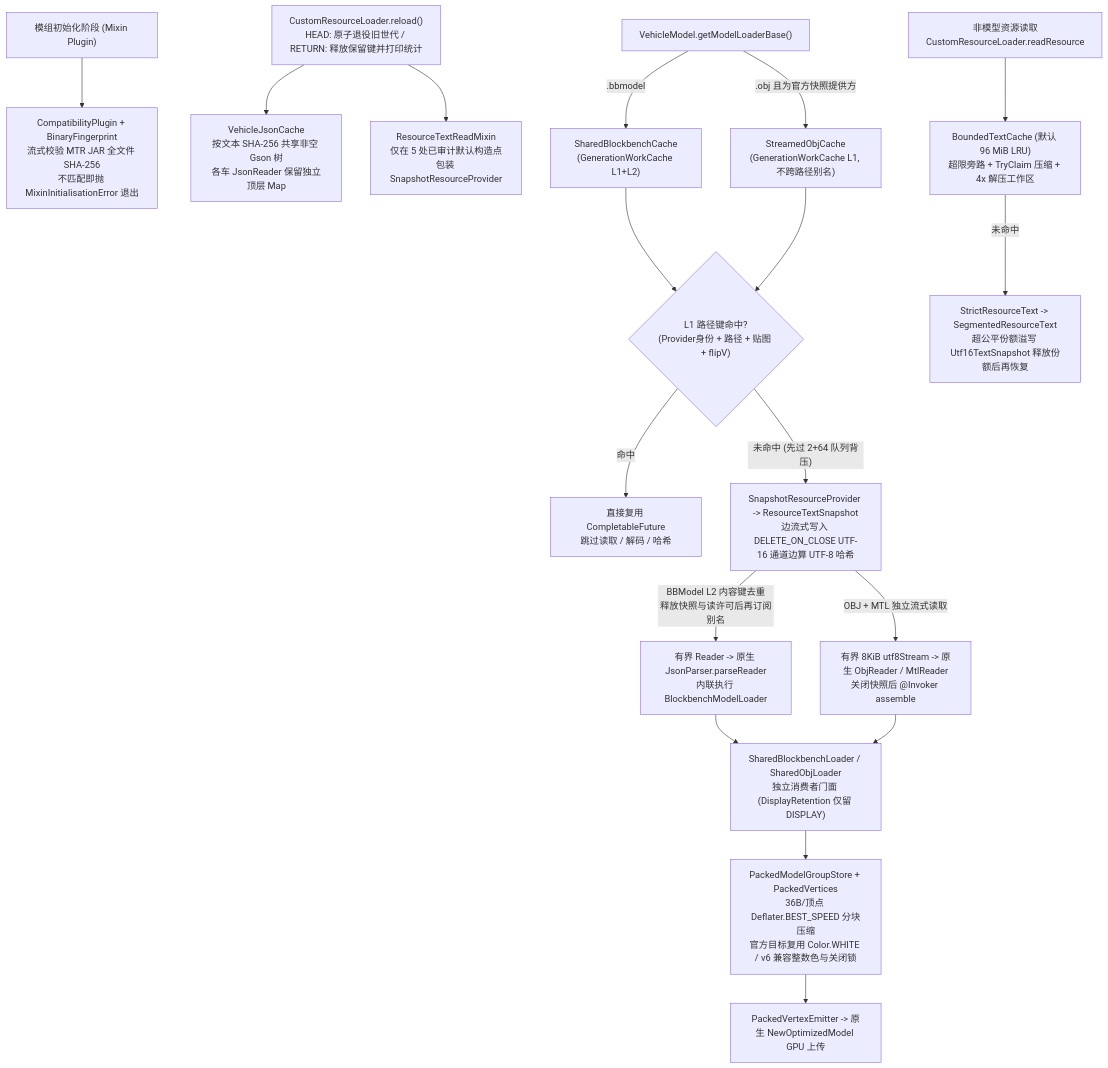
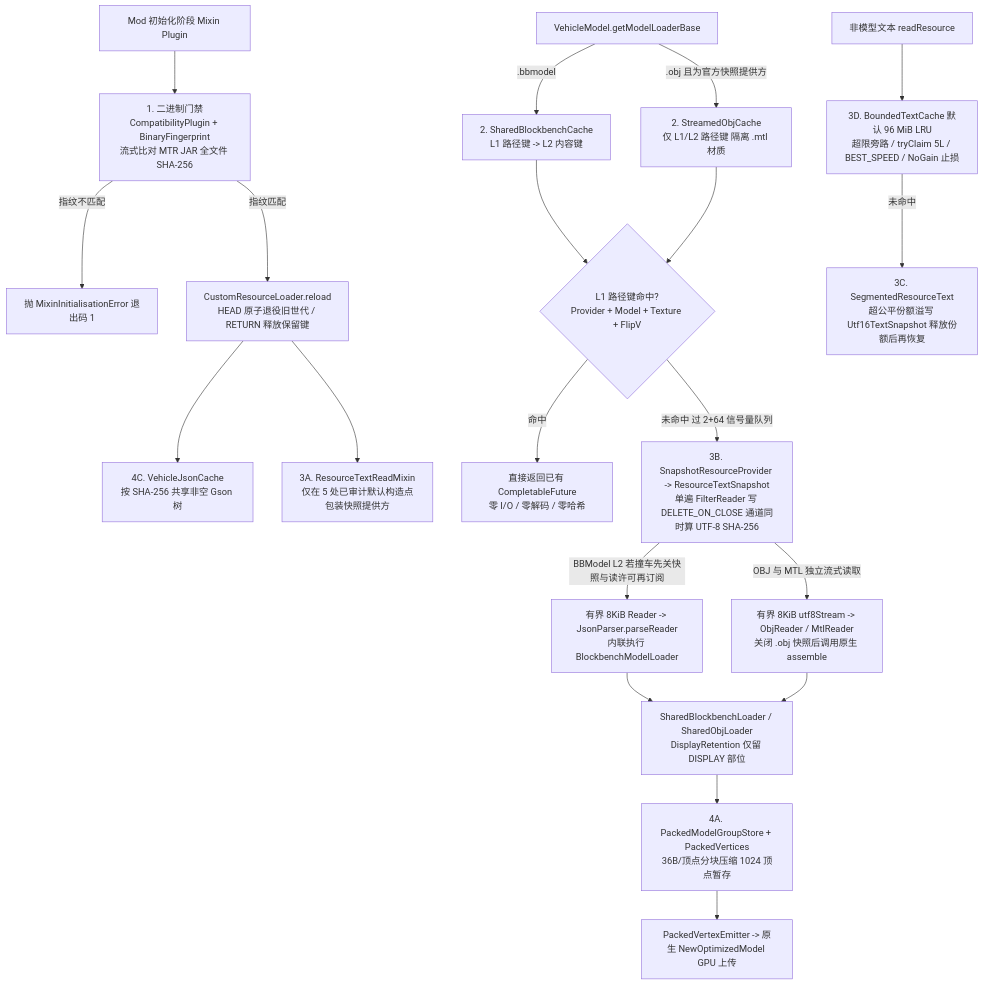
The first of 2 diagrams in docs/TECHNICAL_PRINCIPLES.md (teamCreating/MTR-Memory-Saver), drawn with Mermaid before and after one commit. The commit also changed other lines of this file and 1 other file, not shown here.

````diff
--- a/docs/TECHNICAL_PRINCIPLES.md
+++ b/docs/TECHNICAL_PRINCIPLES.md
@@ -68,20 +91,28 @@
 ```mermaid
 flowchart TD
-    Startup["模组初始化阶段 (Mixin Plugin)"] --> Gate["CompatibilityPlugin + BinaryFingerprint\n流式校验 MTR JAR 全文件 SHA-256\n不匹配即抛 MixinInitialisationError 退出"]
-    Reload["CustomResourceLoader.reload()\nHEAD: 原子退役旧世代 / RETURN: 释放保留键并打印统计"] --> JsonShare["VehicleJsonCache\n按文本 SHA-256 共享非空 Gson 树\n各车 JsonReader 保留独立顶层 Map"]
-    Reload --> Wrap["ResourceTextReadMixin\n仅在 5 处已审计默认构造点包装 SnapshotResourceProvider"]
-    Factory["VehicleModel.getModelLoaderBase()"] -->|".bbmodel"| BB["SharedBlockbenchCache\n(GenerationWorkCache L1+L2)"]
-    Factory -->|".obj 且为官方快照提供方"| OBJ["StreamedObjCache\n(GenerationWorkCache L1, 不跨路径别名)"]
-    BB --> L1{"L1 路径键命中?\n(Provider身份 + 路径 + 贴图 + flipV)"}
+    Boot["Mod 初始化阶段 Mixin Plugin"] --> Gate["1. 二进制门禁\nCompatibilityPlugin + BinaryFingerprint\n流式比对 MTR JAR 全文件 SHA-256"]
+    Gate -->|"指纹不匹配"| Crash["抛 MixinInitialisationError 退出码 1"]
+    Gate -->|"指纹匹配"| Reload["CustomResourceLoader.reload\nHEAD 原子退役旧世代 / RETURN 释放保留键"]
+
+    Reload --> Json["4C. VehicleJsonCache\n按 SHA-256 共享非空 Gson 树"]
+    Reload --> Wrap["3A. ResourceTextReadMixin\n仅在 5 处已审计默认构造点包装快照提供方"]
+
+    Req["VehicleModel.getModelLoaderBase"] -->|".bbmodel"| BB["2. SharedBlockbenchCache\nL1 路径键 -> L2 内容键"]
+    Req -->|".obj 且为官方快照提供方"| OBJ["2. StreamedObjCache\n仅 L1/L2 路径键 隔离 .mtl 材质"]
+
+    BB --> L1{"L1 路径键命中?\nProvider + Model + Texture + FlipV"}
     OBJ --> L1
-    L1 -->|"命中"| Hit["直接复用 CompletableFuture\n跳过读取 / 解码 / 哈希"]
-    L1 -->|"未命中 (先过 2+64 队列背压)"| Snap["SnapshotResourceProvider -> ResourceTextSnapshot\n边流式写入 DELETE_ON_CLOSE UTF-16 通道边算 UTF-8 哈希"]
-    Snap -->|"BBModel L2 内容键去重\n释放快照与读许可后再订阅别名"| ParseBB["有界 Reader -> 原生 JsonParser.parseReader\n内联执行 BlockbenchModelLoader"]
-    Snap -->|"OBJ + MTL 独立流式读取"| ParseOBJ["有界 8KiB utf8Stream -> 原生 ObjReader / MtlReader\n关闭快照后 @Invoker assemble"]
-    OtherText["非模型资源读取\nCustomResourceLoader.readResource"] --> TextLRU["BoundedTextCache (默认 96 MiB LRU)\n超限旁路 + TryClaim 压缩 + 4x 解压工作区"]
-    TextLRU -->|"未命中"| Seg["StrictResourceText -> SegmentedResourceText\n超公平份额溢写 Utf16TextSnapshot 释放份额后再恢复"]
-    ParseBB --> Facade["SharedBlockbenchLoader / SharedObjLoader\n独立消费者门面 (DisplayRetention 仅留 DISPLAY)"]
+    L1 -->|"命中"| FastHit["直接返回已有 CompletableFuture\n零 I/O / 零解码 / 零哈希"]
+    L1 -->|"未命中 过 2+64 信号量队列"| Snap["3B. SnapshotResourceProvider -> ResourceTextSnapshot\n单遍 FilterReader 写 DELETE_ON_CLOSE 通道同时算 UTF-8 SHA-256"]
+
+    Snap -->|"BBModel L2 若撞车先关快照与读许可再订阅"| ParseBB["有界 8KiB Reader -> JsonParser.parseReader\n内联执行 BlockbenchModelLoader"]
+    Snap -->|"OBJ 与 MTL 独立流式读取"| ParseOBJ["有界 8KiB utf8Stream -> ObjReader / MtlReader\n关闭 .obj 快照后调用原生 assemble"]
+
+    Other["非模型文本 readResource"] --> LRU["3D. BoundedTextCache 默认 96 MiB LRU\n超限旁路 / tryClaim 5L / BEST_SPEED / NoGain 止损"]
+    LRU -->|"未命中"| Seg["3C. SegmentedResourceText\n超公平份额溢写 Utf16TextSnapshot 释放份额后再恢复"]
+
+    ParseBB --> Facade["SharedBlockbenchLoader / SharedObjLoader\nDisplayRetention 仅留 DISPLAY 部位"]
     ParseOBJ --> Facade
-    Facade --> Mesh["PackedModelGroupStore + PackedVertices\n36B/顶点 Deflater.BEST_SPEED 分块压缩\n官方目标复用 Color.WHITE / v6 兼容整数色与关闭锁"]
-    Mesh --> GPU["PackedVertexEmitter -> 原生 NewOptimizedModel GPU 上传"]
+    Facade --> Packed["4A. PackedModelGroupStore + PackedVertices\n36B/顶点分块压缩 1024 顶点暂存"]
+    Packed --> Emit["PackedVertexEmitter -> 原生 NewOptimizedModel GPU 上传"]
 ```
````
